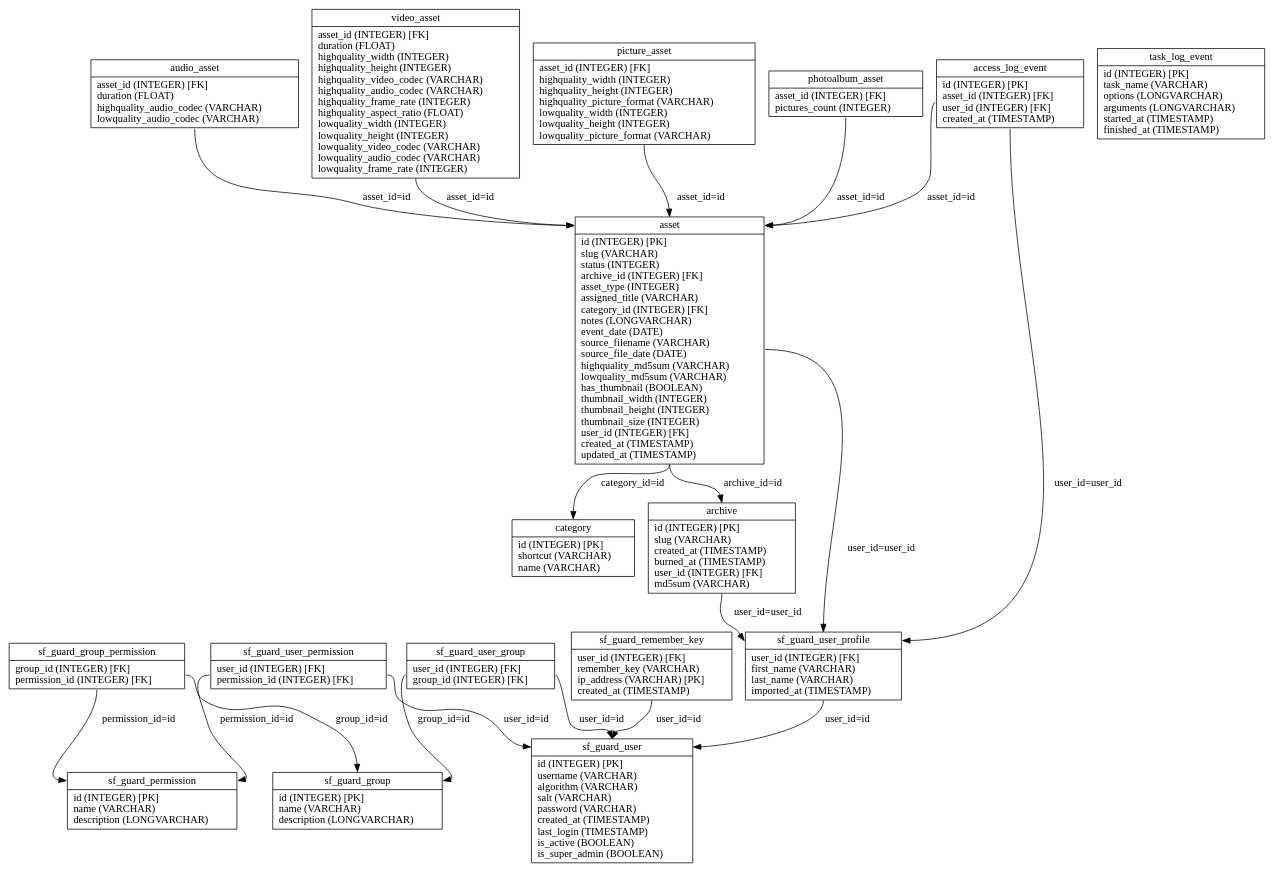
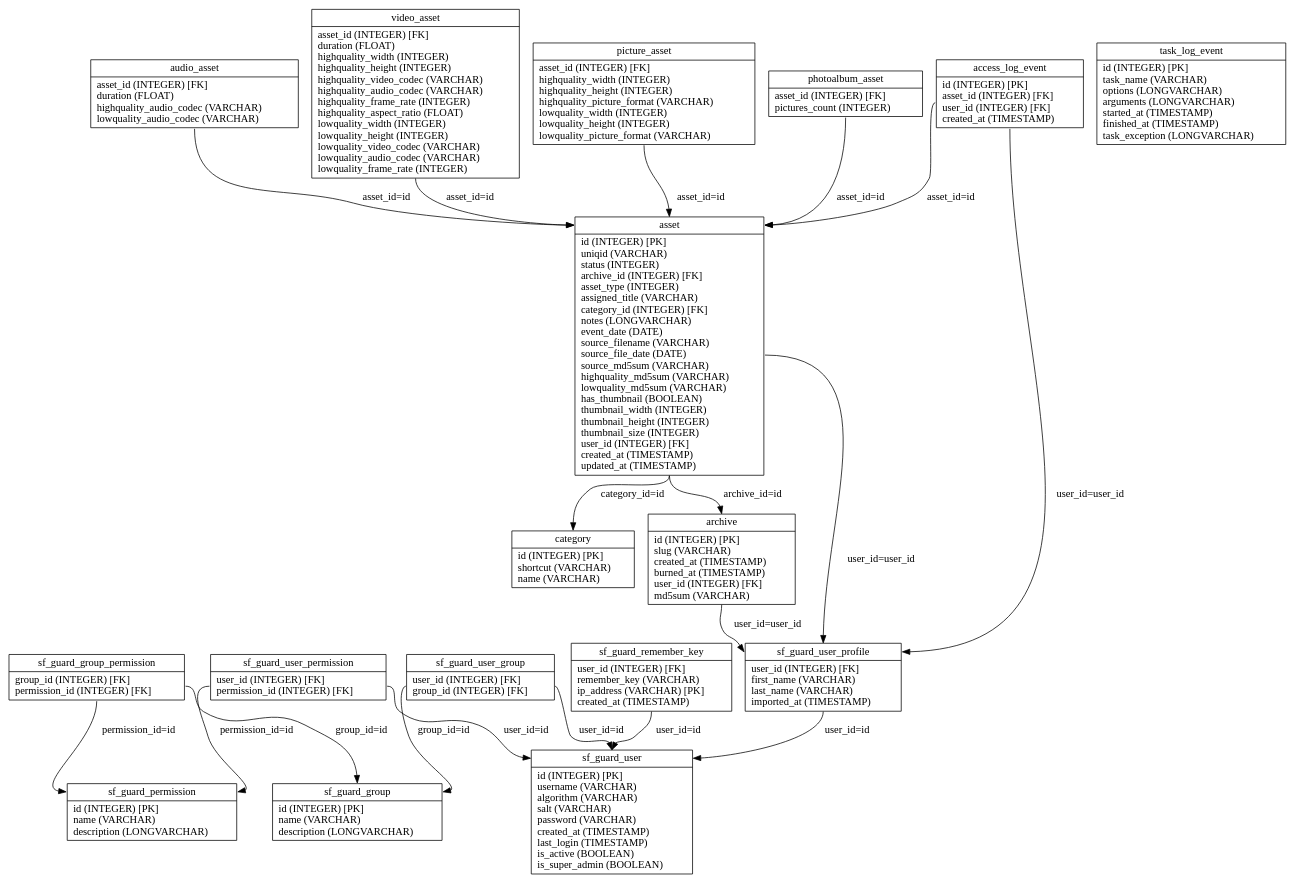
One commit to loristissino/wviola changed the diagram in graph/propel.schema.dot. Above: the diagram before and after it, drawn with Graphviz. The commit also changed 75 other files, not shown here.

```diff
--- a/graph/propel.schema.dot
+++ b/graph/propel.schema.dot
@@ -1,38 +1,38 @@
 digraph G {
 nodesf_guard_group [label="{<table>sf_guard_group|<cols>id (INTEGER) [PK]\lname (VARCHAR)\ldescription (LONGVARCHAR)\l}", shape=record];
 nodesf_guard_permission [label="{<table>sf_guard_permission|<cols>id (INTEGER) [PK]\lname (VARCHAR)\ldescription (LONGVARCHAR)\l}", shape=record];
 nodesf_guard_group_permission [label="{<table>sf_guard_group_permission|<cols>group_id (INTEGER) [FK]\lpermission_id (INTEGER) [FK]\l}", shape=record];
 nodesf_guard_user [label="{<table>sf_guard_user|<cols>id (INTEGER) [PK]\lusername (VARCHAR)\lalgorithm (VARCHAR)\lsalt (VARCHAR)\lpassword (VARCHAR)\lcreated_at (TIMESTAMP)\llast_login (TIMESTAMP)\lis_active (BOOLEAN)\lis_super_admin (BOOLEAN)\l}", shape=record];
 nodesf_guard_user_permission [label="{<table>sf_guard_user_permission|<cols>user_id (INTEGER) [FK]\lpermission_id (INTEGER) [FK]\l}", shape=record];
 nodesf_guard_user_group [label="{<table>sf_guard_user_group|<cols>user_id (INTEGER) [FK]\lgroup_id (INTEGER) [FK]\l}", shape=record];
 nodesf_guard_remember_key [label="{<table>sf_guard_remember_key|<cols>user_id (INTEGER) [FK]\lremember_key (VARCHAR)\lip_address (VARCHAR) [PK]\lcreated_at (TIMESTAMP)\l}", shape=record];
 nodesf_guard_user_profile [label="{<table>sf_guard_user_profile|<cols>user_id (INTEGER) [FK]\lfirst_name (VARCHAR)\llast_name (VARCHAR)\limported_at (TIMESTAMP)\l}", shape=record];
-nodeasset [label="{<table>asset|<cols>id (INTEGER) [PK]\lslug (VARCHAR)\lstatus (INTEGER)\larchive_id (INTEGER) [FK]\lasset_type (INTEGER)\lassigned_title (VARCHAR)\lcategory_id (INTEGER) [FK]\lnotes (LONGVARCHAR)\levent_date (DATE)\lsource_filename (VARCHAR)\lsource_file_date (DATE)\lhighquality_md5sum (VARCHAR)\llowquality_md5sum (VARCHAR)\lhas_thumbnail (BOOLEAN)\lthumbnail_width (INTEGER)\lthumbnail_height (INTEGER)\lthumbnail_size (INTEGER)\luser_id (INTEGER) [FK]\lcreated_at (TIMESTAMP)\lupdated_at (TIMESTAMP)\l}", shape=record];
+nodeasset [label="{<table>asset|<cols>id (INTEGER) [PK]\luniqid (VARCHAR)\lstatus (INTEGER)\larchive_id (INTEGER) [FK]\lasset_type (INTEGER)\lassigned_title (VARCHAR)\lcategory_id (INTEGER) [FK]\lnotes (LONGVARCHAR)\levent_date (DATE)\lsource_filename (VARCHAR)\lsource_file_date (DATE)\lsource_md5sum (VARCHAR)\lhighquality_md5sum (VARCHAR)\llowquality_md5sum (VARCHAR)\lhas_thumbnail (BOOLEAN)\lthumbnail_width (INTEGER)\lthumbnail_height (INTEGER)\lthumbnail_size (INTEGER)\luser_id (INTEGER) [FK]\lcreated_at (TIMESTAMP)\lupdated_at (TIMESTAMP)\l}", shape=record];
 nodevideo_asset [label="{<table>video_asset|<cols>asset_id (INTEGER) [FK]\lduration (FLOAT)\lhighquality_width (INTEGER)\lhighquality_height (INTEGER)\lhighquality_video_codec (VARCHAR)\lhighquality_audio_codec (VARCHAR)\lhighquality_frame_rate (INTEGER)\lhighquality_aspect_ratio (FLOAT)\llowquality_width (INTEGER)\llowquality_height (INTEGER)\llowquality_video_codec (VARCHAR)\llowquality_audio_codec (VARCHAR)\llowquality_frame_rate (INTEGER)\l}", shape=record];
 nodepicture_asset [label="{<table>picture_asset|<cols>asset_id (INTEGER) [FK]\lhighquality_width (INTEGER)\lhighquality_height (INTEGER)\lhighquality_picture_format (VARCHAR)\llowquality_width (INTEGER)\llowquality_height (INTEGER)\llowquality_picture_format (VARCHAR)\l}", shape=record];
 nodephotoalbum_asset [label="{<table>photoalbum_asset|<cols>asset_id (INTEGER) [FK]\lpictures_count (INTEGER)\l}", shape=record];
 nodeaudio_asset [label="{<table>audio_asset|<cols>asset_id (INTEGER) [FK]\lduration (FLOAT)\lhighquality_audio_codec (VARCHAR)\llowquality_audio_codec (VARCHAR)\l}", shape=record];
 nodearchive [label="{<table>archive|<cols>id (INTEGER) [PK]\lslug (VARCHAR)\lcreated_at (TIMESTAMP)\lburned_at (TIMESTAMP)\luser_id (INTEGER) [FK]\lmd5sum (VARCHAR)\l}", shape=record];
 nodecategory [label="{<table>category|<cols>id (INTEGER) [PK]\lshortcut (VARCHAR)\lname (VARCHAR)\l}", shape=record];
 nodeaccess_log_event [label="{<table>access_log_event|<cols>id (INTEGER) [PK]\lasset_id (INTEGER) [FK]\luser_id (INTEGER) [FK]\lcreated_at (TIMESTAMP)\l}", shape=record];
-nodetask_log_event [label="{<table>task_log_event|<cols>id (INTEGER) [PK]\ltask_name (VARCHAR)\loptions (LONGVARCHAR)\larguments (LONGVARCHAR)\lstarted_at (TIMESTAMP)\lfinished_at (TIMESTAMP)\l}", shape=record];
+nodetask_log_event [label="{<table>task_log_event|<cols>id (INTEGER) [PK]\ltask_name (VARCHAR)\loptions (LONGVARCHAR)\larguments (LONGVARCHAR)\lstarted_at (TIMESTAMP)\lfinished_at (TIMESTAMP)\ltask_exception (LONGVARCHAR)\l}", shape=record];
 
 nodesf_guard_group_permission:cols -> nodesf_guard_group:table [label="group_id=id "];
 nodesf_guard_group_permission:cols -> nodesf_guard_permission:table [label="permission_id=id "];
 nodesf_guard_user_permission:cols -> nodesf_guard_user:table [label="user_id=id "];
 nodesf_guard_user_permission:cols -> nodesf_guard_permission:table [label="permission_id=id "];
 nodesf_guard_user_group:cols -> nodesf_guard_user:table [label="user_id=id "];
 nodesf_guard_user_group:cols -> nodesf_guard_group:table [label="group_id=id "];
 nodesf_guard_remember_key:cols -> nodesf_guard_user:table [label="user_id=id "];
 nodesf_guard_user_profile:cols -> nodesf_guard_user:table [label="user_id=id "];
 nodeasset:cols -> nodearchive:table [label="archive_id=id "];
 nodeasset:cols -> nodecategory:table [label="category_id=id "];
 nodeasset:cols -> nodesf_guard_user_profile:table [label="user_id=user_id "];
 nodevideo_asset:cols -> nodeasset:table [label="asset_id=id "];
 nodepicture_asset:cols -> nodeasset:table [label="asset_id=id "];
 nodephotoalbum_asset:cols -> nodeasset:table [label="asset_id=id "];
 nodeaudio_asset:cols -> nodeasset:table [label="asset_id=id "];
 nodearchive:cols -> nodesf_guard_user_profile:table [label="user_id=user_id "];
 nodeaccess_log_event:cols -> nodeasset:table [label="asset_id=id "];
 nodeaccess_log_event:cols -> nodesf_guard_user_profile:table [label="user_id=user_id "];
 }
```
